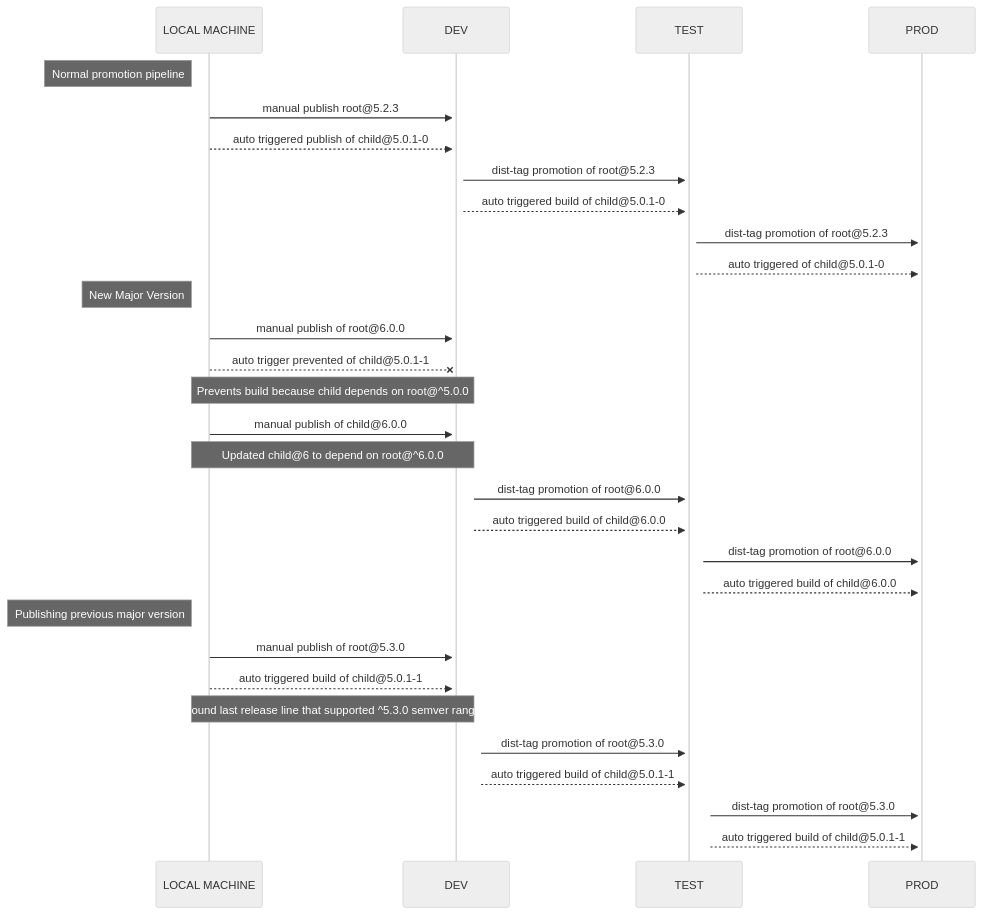
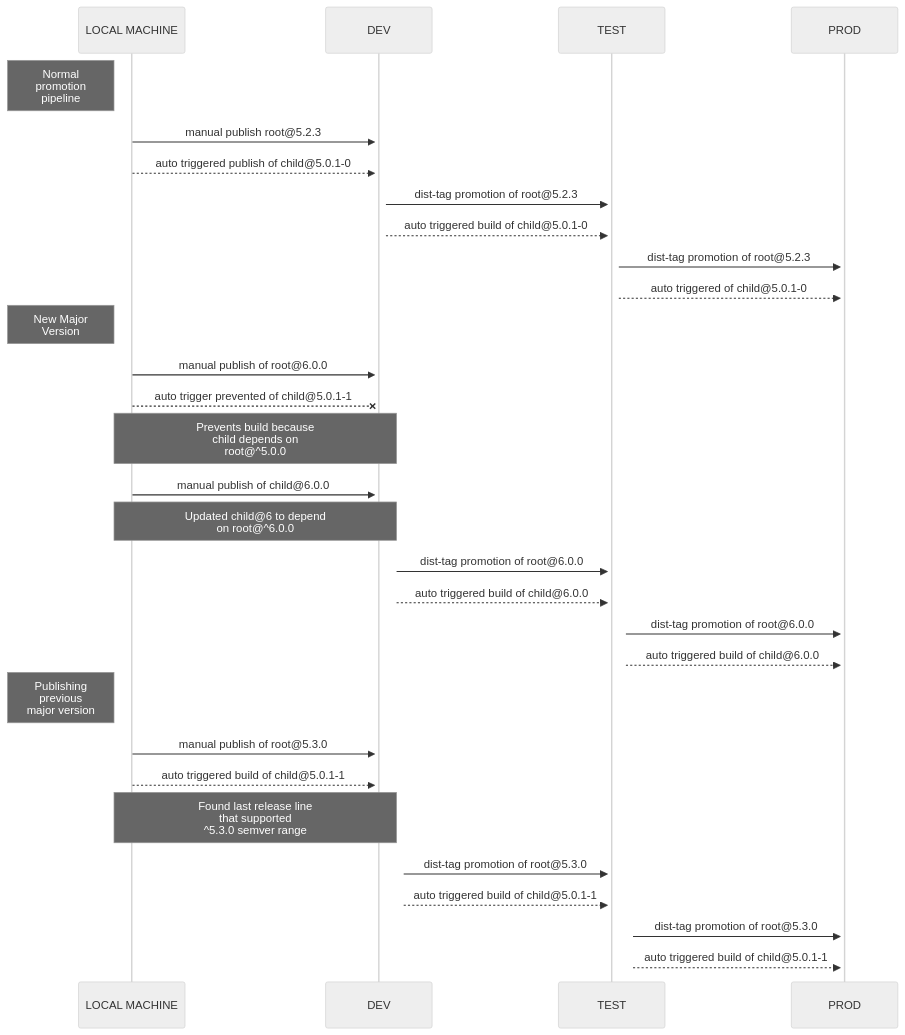
Before and after one commit to godaddy/feedsme: the diagram in diagrams/code/build.mmd, drawn with Mermaid (neutral theme). The commit also changed 6 other files, not shown here.

```diff
--- a/diagrams/code/build.mmd
+++ b/diagrams/code/build.mmd
@@ -1,30 +1,30 @@
 sequenceDiagram
   participant LOCAL MACHINE
   participant DEV
   participant TEST
   participant PROD
-  Note left of LOCAL MACHINE: Normal promotion pipeline
+  Note left of LOCAL MACHINE: Normal <br>promotion <br>pipeline
   LOCAL MACHINE->>+DEV: manual publish root@5.2.3
   LOCAL MACHINE-->>+DEV: auto triggered publish of child@5.0.1-0
   DEV->>+TEST: dist-tag promotion of root@5.2.3
   DEV-->>+TEST: auto triggered build of child@5.0.1-0
   TEST->>+PROD: dist-tag promotion of root@5.2.3
   TEST-->>+PROD: auto triggered of child@5.0.1-0
-  Note left of LOCAL MACHINE: New Major Version
+  Note left of LOCAL MACHINE: New Major <br>Version
   LOCAL MACHINE->>+DEV: manual publish of root@6.0.0
   LOCAL MACHINE--X+DEV: auto trigger prevented of child@5.0.1-1
-  Note over LOCAL MACHINE,DEV: Prevents build because child depends on root@^5.0.0
+  Note over LOCAL MACHINE,DEV: Prevents build because <br>child depends on <br>root@^5.0.0
   LOCAL MACHINE->>+DEV: manual publish of child@6.0.0
-  Note over LOCAL MACHINE,DEV: Updated child@6 to depend on root@^6.0.0
+  Note over LOCAL MACHINE,DEV: Updated child@6 to depend <br>on root@^6.0.0
   DEV->>+TEST: dist-tag promotion of root@6.0.0
   DEV-->>+TEST: auto triggered build of child@6.0.0
   TEST->>+PROD: dist-tag promotion of root@6.0.0
   TEST-->>+PROD: auto triggered build of child@6.0.0
-  Note left of LOCAL MACHINE: Publishing previous major version
+  Note left of LOCAL MACHINE: Publishing <br>previous <br>major version
   LOCAL MACHINE->>+DEV: manual publish of root@5.3.0
   LOCAL MACHINE-->>+DEV: auto triggered build of child@5.0.1-1
-  Note over LOCAL MACHINE,DEV: Found last release line that supported ^5.3.0 semver range
+  Note over LOCAL MACHINE,DEV: Found last release line <br>that supported <br>^5.3.0 semver range
   DEV->>+TEST: dist-tag promotion of root@5.3.0
   DEV-->>+TEST: auto triggered build of child@5.0.1-1
   TEST->>+PROD: dist-tag promotion of root@5.3.0
   TEST-->>+PROD: auto triggered build of child@5.0.1-1
```
